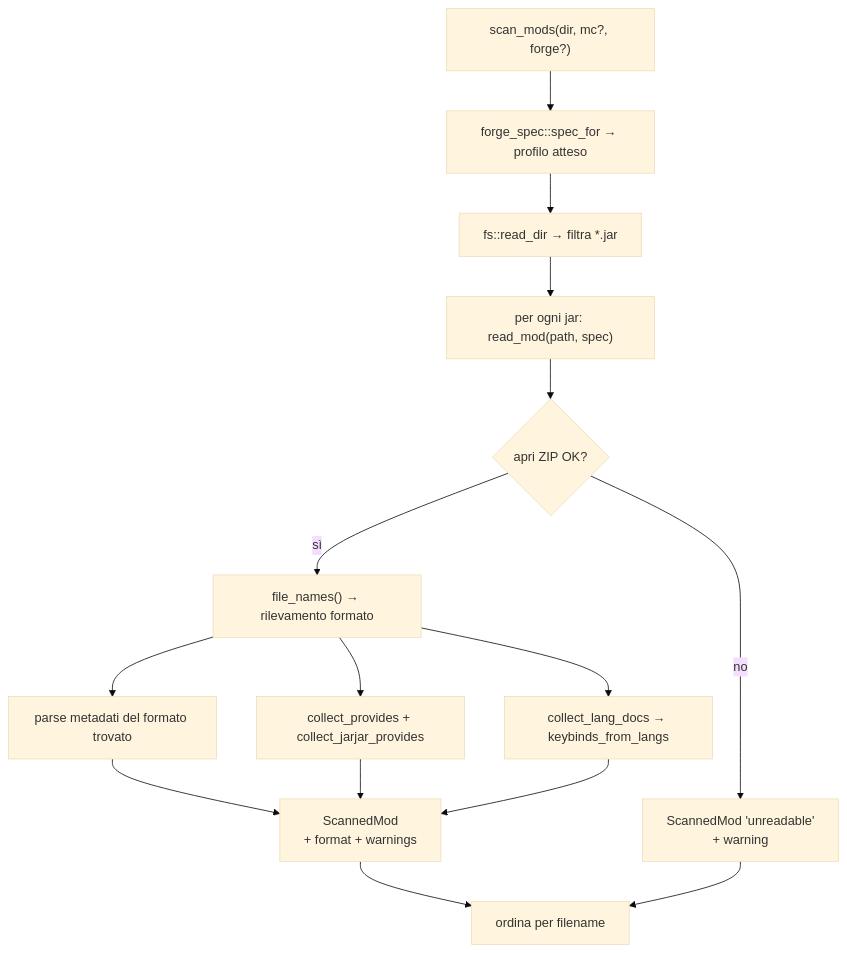
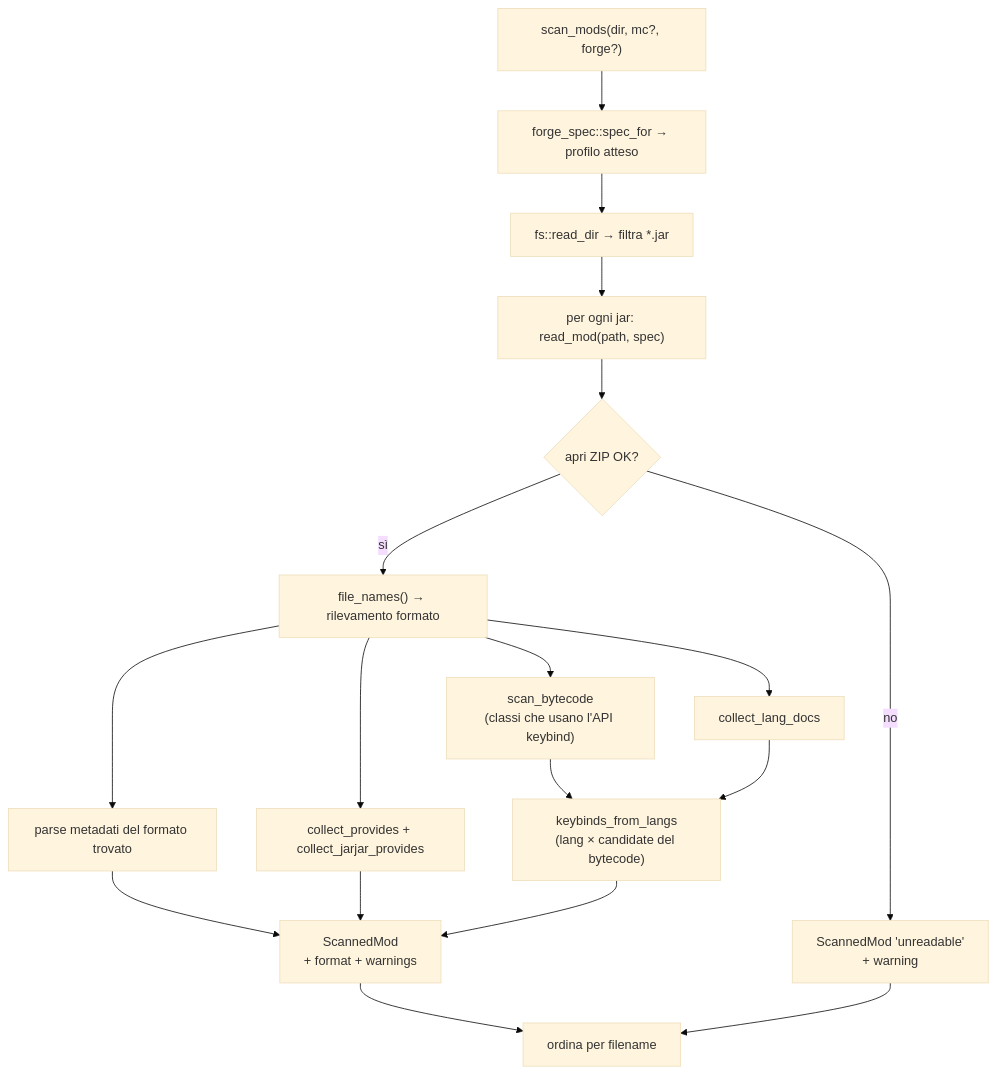
The second of 6 diagrams in docs/it/tecnica/06-scansione.md (Alexkill536ITA/ForgeModpack), drawn with Mermaid (base theme) before and after one commit. The commit also changed other lines of this file and 36 other files, not shown here.

First line of the commit message:
feat: sync col disco, keybind dal bytecode e overlay di caricamento

````diff
--- a/docs/it/tecnica/06-scansione.md
+++ b/docs/it/tecnica/06-scansione.md
@@ -49,17 +49,20 @@
 ```mermaid
 flowchart TD
     Start["scan_mods(dir, mc?, forge?)"] --> Spec["forge_spec::spec_for → profilo atteso"]
     Spec --> List["fs::read_dir → filtra *.jar"]
     List --> Loop["per ogni jar: read_mod(path, spec)"]
     Loop --> Open{"apri ZIP OK?"}
     Open -->|no| Bad["ScannedMod 'unreadable'<br/>+ warning"]
     Open -->|sì| Names["file_names() → rilevamento formato"]
     Names --> Meta["parse metadati del formato trovato"]
     Names --> Prov["collect_provides + collect_jarjar_provides"]
-    Names --> Keys["collect_lang_docs → keybinds_from_langs"]
+    Names --> BC["scan_bytecode<br/>(classi che usano l'API keybind)"]
+    Names --> Keys["collect_lang_docs"]
+    BC --> KB["keybinds_from_langs<br/>(lang × candidate del bytecode)"]
+    Keys --> KB
     Meta --> Result["ScannedMod<br/>+ format + warnings"]
     Prov --> Result
-    Keys --> Result
+    KB --> Result
     Result --> SortM["ordina per filename"]
     Bad --> SortM
 ```
````
